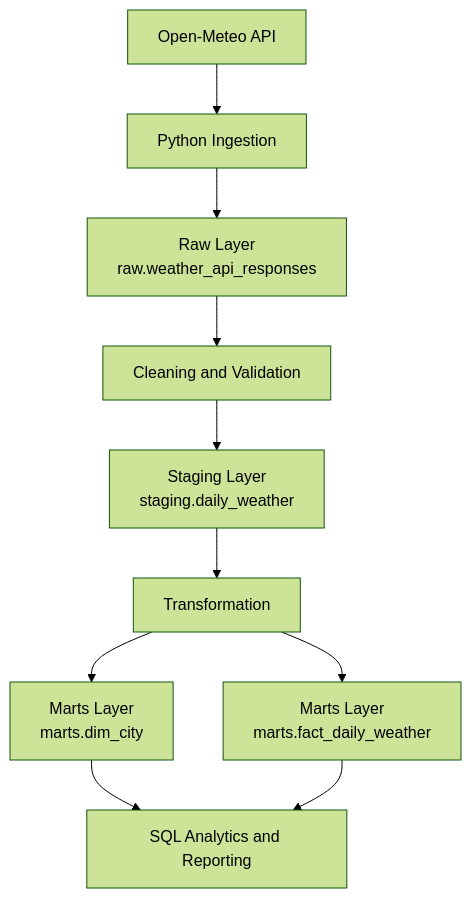
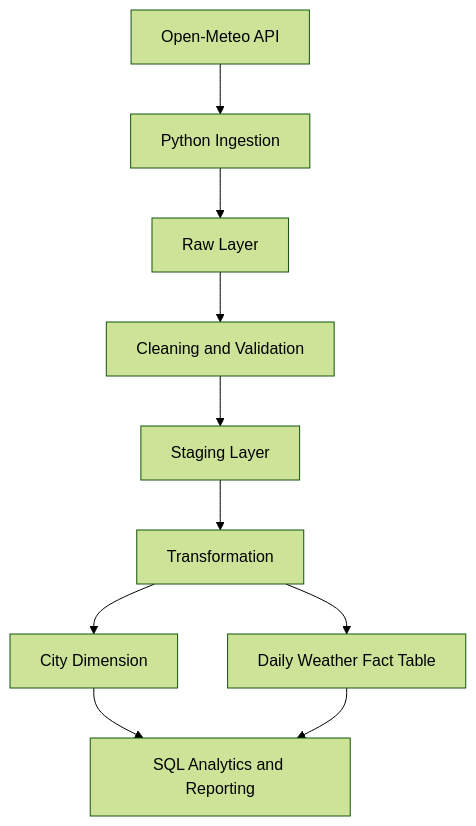
Before and after one commit to alisharawat56/weather-data-pipeline: the second of 2 diagrams in README.md, drawn with Mermaid (forest theme). The commit also changed other lines of this file, not shown here.

Commit message:
Update README with dbt pipeline and architecture

````diff
--- a/README.md
+++ b/README.md
@@ -197,12 +318,12 @@
 ```mermaid
 flowchart TD
     A[Open-Meteo API] --> B[Python Ingestion]
-    B --> C[Raw Layer<br/>raw.weather_api_responses]
+    B --> C[Raw Layer]
     C --> D[Cleaning and Validation]
-    D --> E[Staging Layer<br/>staging.daily_weather]
+    D --> E[Staging Layer]
     E --> F[Transformation]
-    F --> G[Marts Layer<br/>marts.dim_city]
-    F --> H[Marts Layer<br/>marts.fact_daily_weather]
+    F --> G[City Dimension]
+    F --> H[Daily Weather Fact Table]
     G --> I[SQL Analytics and Reporting]
     H --> I
 ```
````
